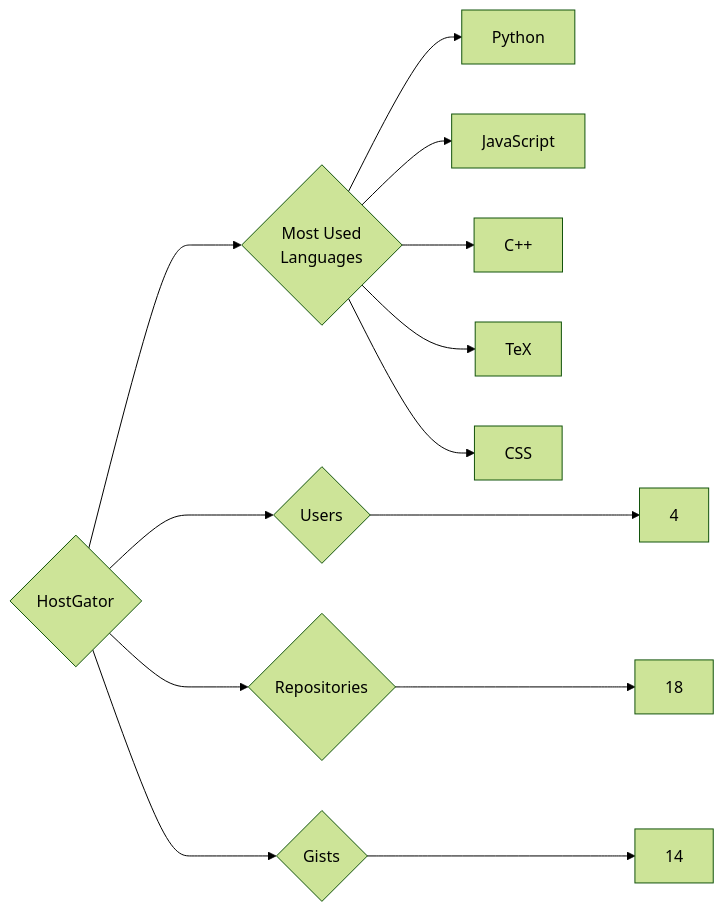
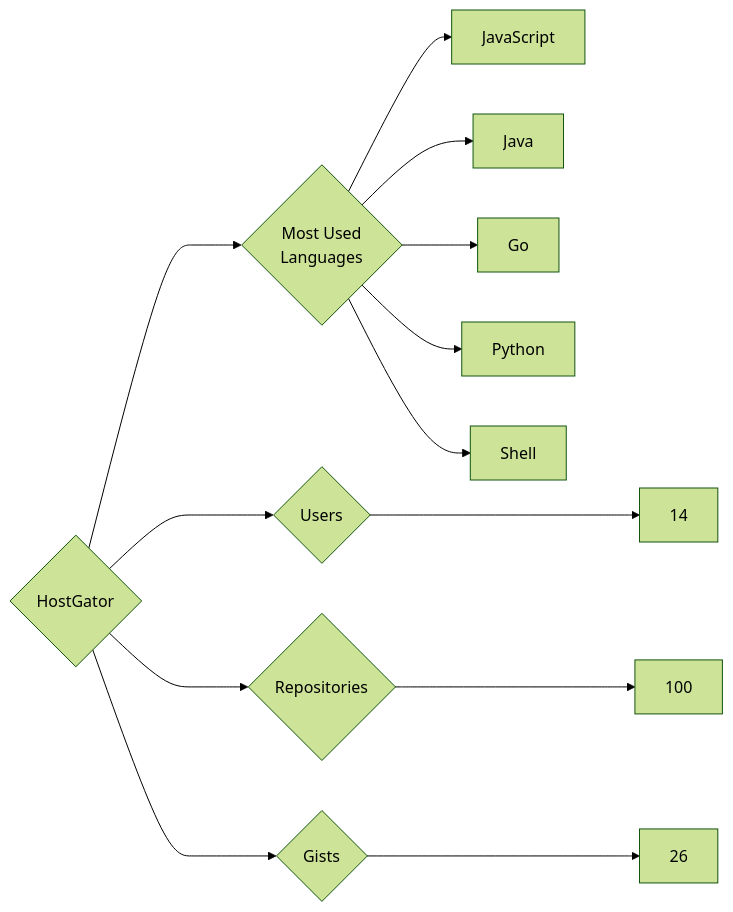
The diagram in targets/HostGator/README.md (trickest/insiders), drawn with Mermaid (forest theme) before and after one commit. The commit also changed 1175 other files, not shown here.

````diff
--- a/targets/HostGator/README.md
+++ b/targets/HostGator/README.md
@@ -3,13 +3,13 @@
 ```mermaid
 graph LR
 COMPANY_NAME{HostGator}
-COMPANY_NAME ---> U{Users} ---> UN[4]
-COMPANY_NAME ---> R{Repositories} ---> RN[18]
-COMPANY_NAME ---> G{Gists} ---> GN[14]
+COMPANY_NAME ---> U{Users} ---> UN[14]
+COMPANY_NAME ---> R{Repositories} ---> RN[100]
+COMPANY_NAME ---> G{Gists} ---> GN[26]
 COMPANY_NAME ---> ML{Most Used<br>Languages}
+ML --> JavaScript[JavaScript]
+ML --> Java[Java]
+ML --> Go[Go]
 ML --> Python[Python]
-ML --> JavaScript[JavaScript]
-ML --> C++[C++]
-ML --> TeX[TeX]
-ML --> CSS[CSS]
+ML --> Shell[Shell]
 ```
````
